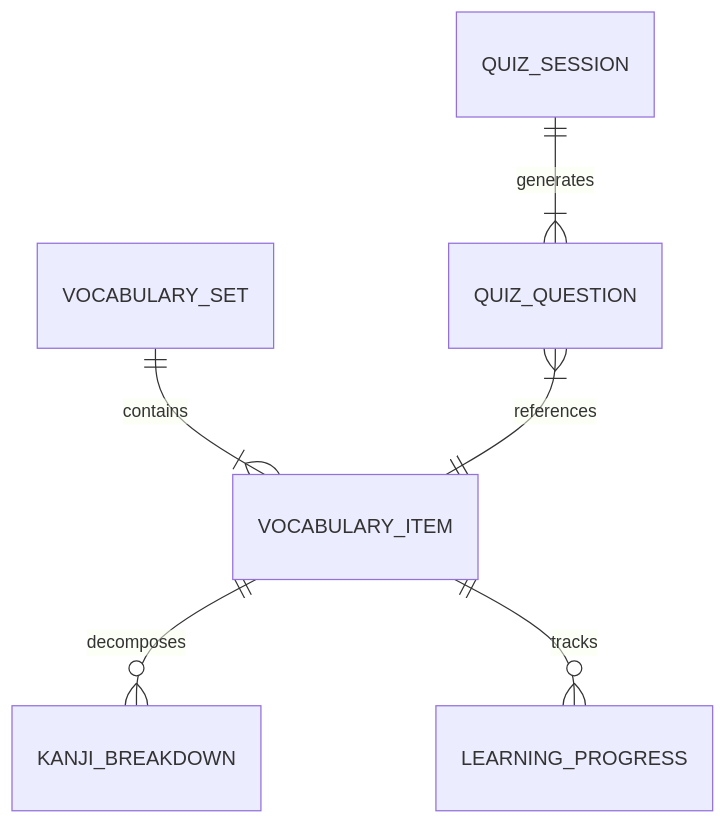
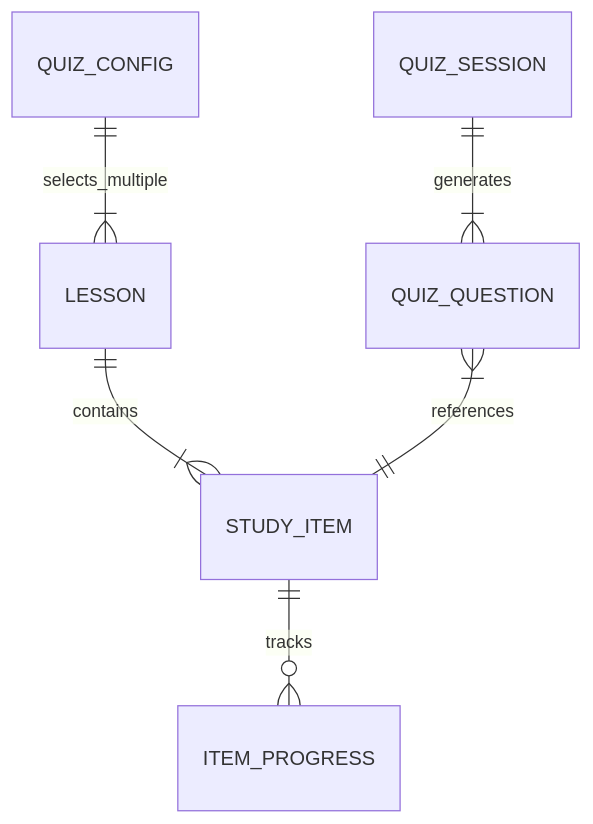
Before and after one commit to SCuong/Tango: the diagram in docs/DATA_MODEL.md, drawn with Mermaid. The commit also changed other lines of this file and 5 other files, not shown here.

````diff
--- a/docs/DATA_MODEL.md
+++ b/docs/DATA_MODEL.md
@@ -9,8 +11,8 @@
 ```mermaid
 erDiagram
-    VOCABULARY_SET ||--|{ VOCABULARY_ITEM : contains
-    VOCABULARY_ITEM ||--o{ KANJI_BREAKDOWN : decomposes
-    VOCABULARY_ITEM ||--o{ LEARNING_PROGRESS : tracks
+    LESSON ||--|{ STUDY_ITEM : contains
+    STUDY_ITEM ||--o{ ITEM_PROGRESS : tracks
+    QUIZ_CONFIG ||--|{ LESSON : selects_multiple
     QUIZ_SESSION ||--|{ QUIZ_QUESTION : generates
-    QUIZ_QUESTION }|--|| VOCABULARY_ITEM : references
+    QUIZ_QUESTION }|--|| STUDY_ITEM : references
 ```
````
